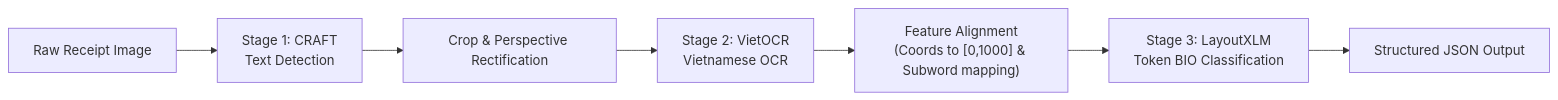
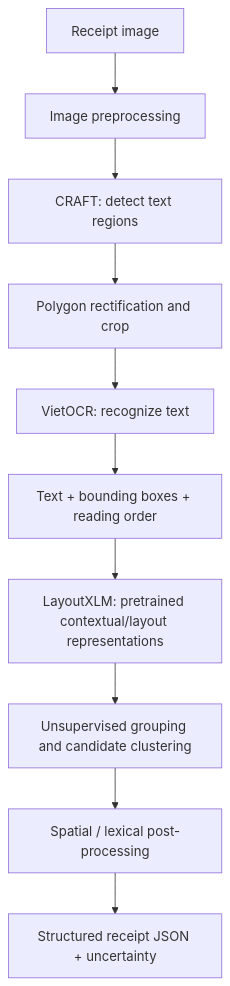
The diagram in README.md (CaoLePhucThinh2203/QuetHoaDon), drawn with Mermaid before and after one commit. The commit also changed other lines of this file and 15 other files, not shown here.

First line of the commit message:
refactor: restructure receipt extraction pipeline for unsupervised learning

````diff
--- a/README.md
+++ b/README.md
@@ -24,9 +18,12 @@
 ```mermaid
-flowchart LR
-    A["Raw Receipt Image"] --> B["Stage 1: CRAFT\nText Detection"]
-    B --> C["Crop & Perspective Rectification"]
-    C --> D["Stage 2: VietOCR\nVietnamese OCR"]
-    D --> E["Feature Alignment\n(Coords to [0,1000] & Subword mapping)"]
-    E --> F["Stage 3: LayoutXLM\nToken BIO Classification"]
-    F --> G["Structured JSON Output"]
+flowchart TD
+    A["Receipt image"] --> B["Image preprocessing"]
+    B --> C["CRAFT: detect text regions"]
+    C --> D["Polygon rectification and crop"]
+    D --> E["VietOCR: recognize text"]
+    E --> F["Text + bounding boxes + reading order"]
+    F --> G["LayoutXLM: pretrained contextual/layout representations"]
+    G --> H["Unsupervised grouping and candidate clustering"]
+    H --> I["Spatial / lexical post-processing"]
+    I --> J["Structured receipt JSON + uncertainty"]
 ```
````
